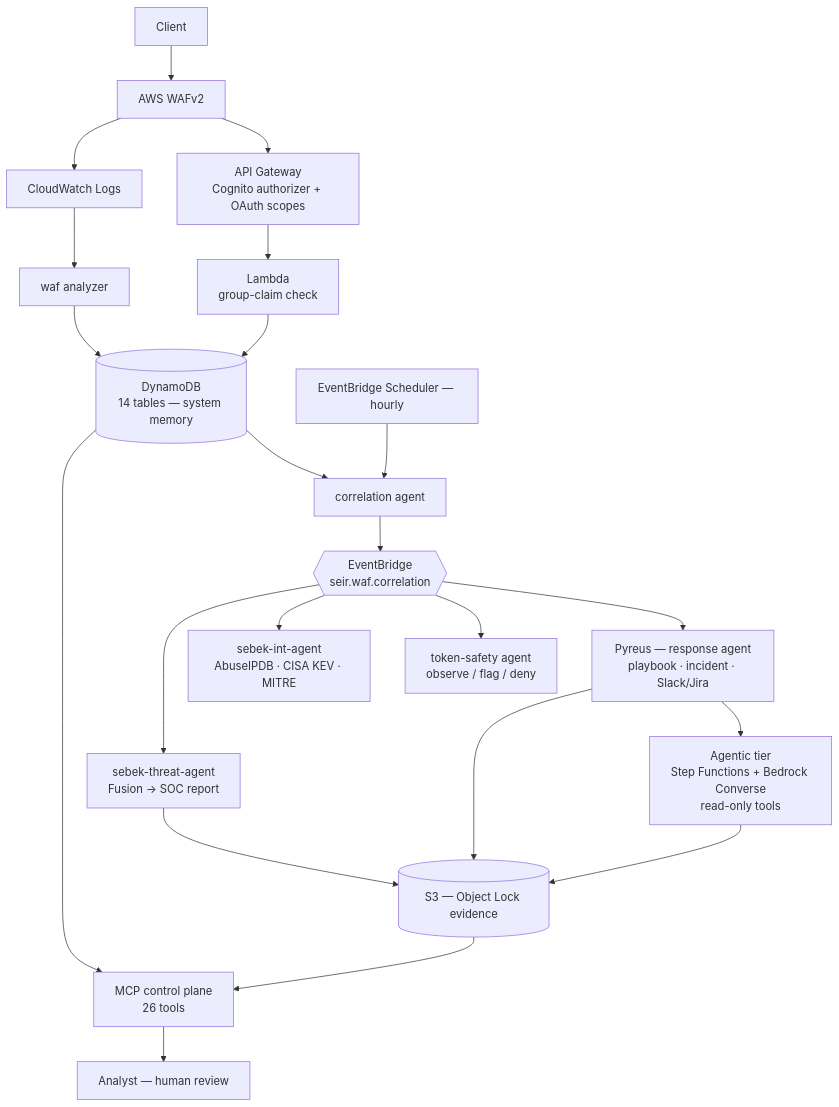
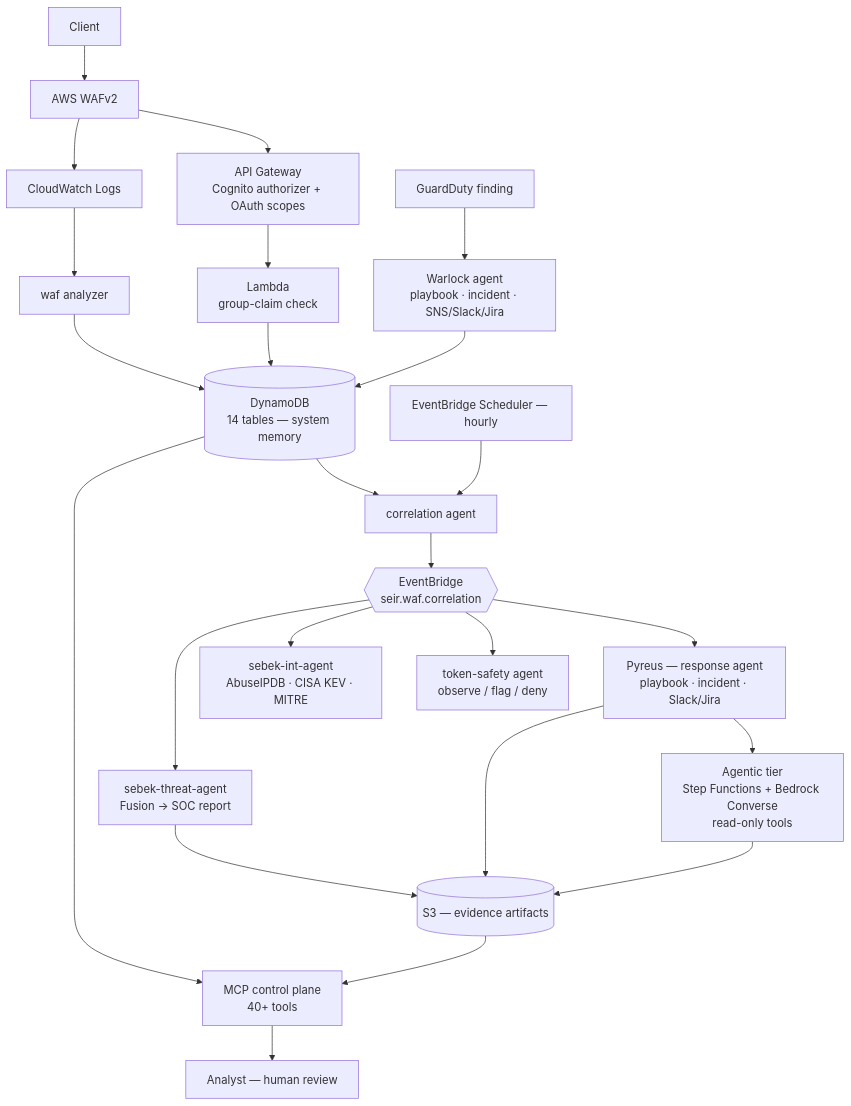
One commit to jastek69/jastek69 changed the first of 3 diagrams in cloud-architecture-portfolio/architectures/serverless/README.md. Above: the diagram before and after it, drawn with Mermaid. The commit also changed other lines of this file and 1 other file, not shown here.

First line of the commit message:
SOAR page: match the current repo and correct Object Lock wording

````diff
--- a/cloud-architecture-portfolio/architectures/serverless/README.md
+++ b/cloud-architecture-portfolio/architectures/serverless/README.md
@@ -35,17 +35,18 @@
 ```mermaid
 flowchart TD
     C[Client] --> WAF[AWS WAFv2]
     WAF --> APIGW["API Gateway<br/>Cognito authorizer + OAuth scopes"]
     APIGW --> L["Lambda<br/>group-claim check"]
     L --> DDB[(DynamoDB<br/>14 tables — system memory)]
     WAF --> CW[CloudWatch Logs] --> AN[waf analyzer] --> DDB
     SCHED[EventBridge Scheduler — hourly] --> CORR[correlation agent]
     DDB --> CORR --> EB{{EventBridge<br/>seir.waf.correlation}}
     EB --> R["Pyreus — response agent<br/>playbook · incident · Slack/Jira"]
     EB --> TS["token-safety agent<br/>observe / flag / deny"]
     EB --> INT["sebek-int-agent<br/>AbuseIPDB · CISA KEV · MITRE"]
     EB --> TH["sebek-threat-agent<br/>Fusion → SOC report"]
+    GD[GuardDuty finding] --> WL["Warlock agent<br/>playbook · incident · SNS/Slack/Jira"] --> DDB
     R --> SFN["Agentic tier<br/>Step Functions + Bedrock Converse<br/>read-only tools"]
-    R & TH & SFN --> S3[(S3 — Object Lock evidence)]
-    DDB & S3 --> MCP["MCP control plane<br/>26 tools"] --> AN2[Analyst — human review]
+    R & TH & SFN --> S3[(S3 — evidence artifacts)]
+    DDB & S3 --> MCP["MCP control plane<br/>40+ tools"] --> AN2[Analyst — human review]
 ```
````
